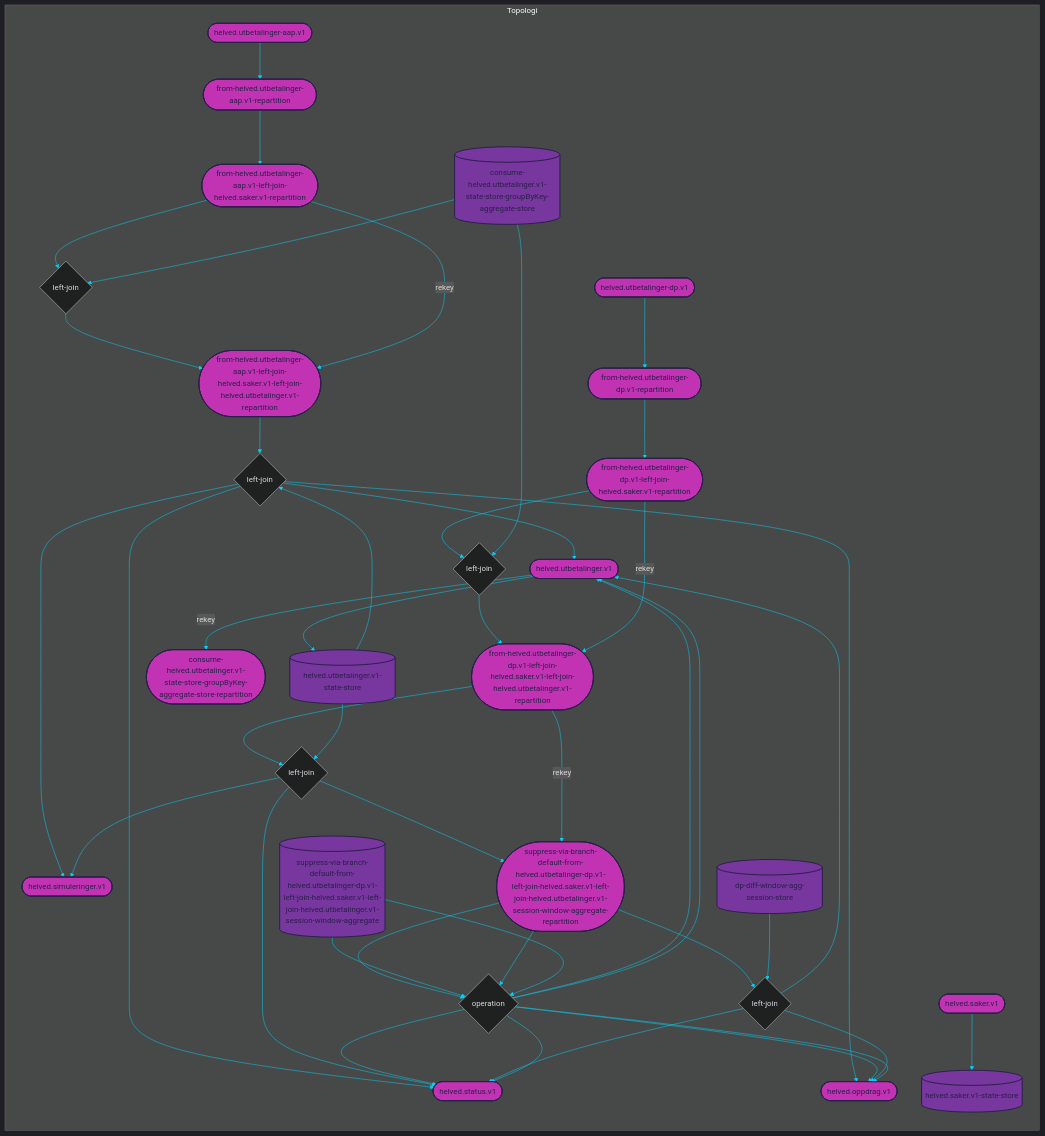
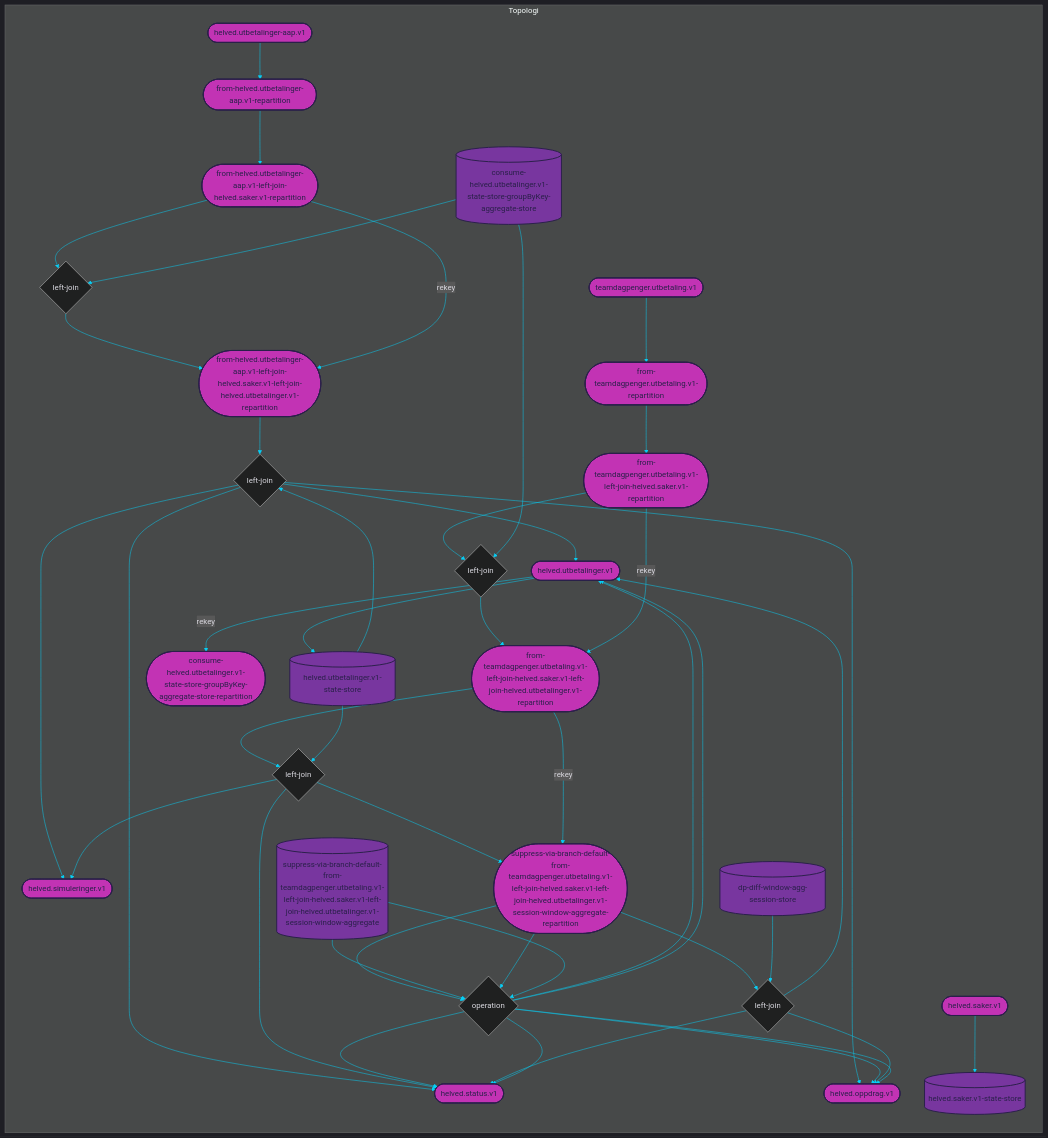
One commit to navikt/helved-utbetaling changed the diagram in dokumentasjon/topology.mmd. Above: the diagram before and after it, drawn with Mermaid. The commit also changed 1 other file, not shown here.

Commit message:
Bytter navn til dp sitt eget topic, og gir dp lesetilgang til status

```diff
--- a/dokumentasjon/topology.mmd
+++ b/dokumentasjon/topology.mmd
@@ -6,36 +6,36 @@
 subgraph Topologi
     %% TOPICS
     from-helved.utbetalinger-aap.v1-left-join-helved.saker.v1-left-join-helved.utbetalinger.v1-repartition([from-helved.utbetalinger-aap.v1-left-join-helved.saker.v1-left-join-helved.utbetalinger.v1-repartition])
-	from-helved.utbetalinger-dp.v1-left-join-helved.saker.v1-left-join-helved.utbetalinger.v1-repartition([from-helved.utbetalinger-dp.v1-left-join-helved.saker.v1-left-join-helved.utbetalinger.v1-repartition])
+	from-teamdagpenger.utbetaling.v1-left-join-helved.saker.v1-left-join-helved.utbetalinger.v1-repartition([from-teamdagpenger.utbetaling.v1-left-join-helved.saker.v1-left-join-helved.utbetalinger.v1-repartition])
 	helved.utbetalinger.v1([helved.utbetalinger.v1])
 	consume-helved.utbetalinger.v1-state-store-groupByKey-aggregate-store-repartition([consume-helved.utbetalinger.v1-state-store-groupByKey-aggregate-store-repartition])
 	helved.oppdrag.v1([helved.oppdrag.v1])
 	helved.simuleringer.v1([helved.simuleringer.v1])
 	helved.status.v1([helved.status.v1])
-	suppress-via-branch-default-from-helved.utbetalinger-dp.v1-left-join-helved.saker.v1-left-join-helved.utbetalinger.v1-session-window-aggregate-repartition([suppress-via-branch-default-from-helved.utbetalinger-dp.v1-left-join-helved.saker.v1-left-join-helved.utbetalinger.v1-session-window-aggregate-repartition])
+	suppress-via-branch-default-from-teamdagpenger.utbetaling.v1-left-join-helved.saker.v1-left-join-helved.utbetalinger.v1-session-window-aggregate-repartition([suppress-via-branch-default-from-teamdagpenger.utbetaling.v1-left-join-helved.saker.v1-left-join-helved.utbetalinger.v1-session-window-aggregate-repartition])
 	from-helved.utbetalinger-aap.v1-left-join-helved.saker.v1-repartition([from-helved.utbetalinger-aap.v1-left-join-helved.saker.v1-repartition])
-	from-helved.utbetalinger-dp.v1-left-join-helved.saker.v1-repartition([from-helved.utbetalinger-dp.v1-left-join-helved.saker.v1-repartition])
+	from-teamdagpenger.utbetaling.v1-left-join-helved.saker.v1-repartition([from-teamdagpenger.utbetaling.v1-left-join-helved.saker.v1-repartition])
 	helved.saker.v1([helved.saker.v1])
 	helved.utbetalinger-aap.v1([helved.utbetalinger-aap.v1])
 	from-helved.utbetalinger-aap.v1-repartition([from-helved.utbetalinger-aap.v1-repartition])
-	helved.utbetalinger-dp.v1([helved.utbetalinger-dp.v1])
-	from-helved.utbetalinger-dp.v1-repartition([from-helved.utbetalinger-dp.v1-repartition])
+	teamdagpenger.utbetaling.v1([teamdagpenger.utbetaling.v1])
+	from-teamdagpenger.utbetaling.v1-repartition([from-teamdagpenger.utbetaling.v1-repartition])
 
     %% JOINS
     from-helved.utbetalinger-aap.v1-left-join-helved.saker.v1-left-join-helved.utbetalinger.v1{left-join}
-	from-helved.utbetalinger-dp.v1-left-join-helved.saker.v1-left-join-helved.utbetalinger.v1{left-join}
+	from-teamdagpenger.utbetaling.v1-left-join-helved.saker.v1-left-join-helved.utbetalinger.v1{left-join}
 	from-helved.utbetalinger-aap.v1-left-join-helved.saker.v1{left-join}
-	from-helved.utbetalinger-dp.v1-left-join-helved.saker.v1{left-join}
-	via-branch-default-from-helved.utbetalinger-dp.v1-left-join-helved.saker.v1-left-join-helved.utbetalinger.v1-session-window-operation-reduced{left-join}
-	suppress-via-branch-default-from-helved.utbetalinger-dp.v1-left-join-helved.saker.v1-left-join-helved.utbetalinger.v1-session-window{left-join}
+	from-teamdagpenger.utbetaling.v1-left-join-helved.saker.v1{left-join}
+	via-branch-default-from-teamdagpenger.utbetaling.v1-left-join-helved.saker.v1-left-join-helved.utbetalinger.v1-session-window-operation-reduced{left-join}
+	suppress-via-branch-default-from-teamdagpenger.utbetaling.v1-left-join-helved.saker.v1-left-join-helved.utbetalinger.v1-session-window{left-join}
 
     %% STATE PROCESSORS
-    via-branch-default-from-helved.utbetalinger-dp.v1-left-join-helved.saker.v1-left-join-helved.utbetalinger.v1-session-window-operation-reduced{operation}
+    via-branch-default-from-teamdagpenger.utbetaling.v1-left-join-helved.saker.v1-left-join-helved.utbetalinger.v1-session-window-operation-reduced{operation}
     
     %% STATE STORES
     helved.utbetalinger.v1-state-store[(helved.utbetalinger.v1-state-store)]
 	consume-helved.utbetalinger.v1-state-store-groupByKey-aggregate-store[(consume-helved.utbetalinger.v1-state-store-groupByKey-aggregate-store)]
-	suppress-via-branch-default-from-helved.utbetalinger-dp.v1-left-join-helved.saker.v1-left-join-helved.utbetalinger.v1-session-window-aggregate[(suppress-via-branch-default-from-helved.utbetalinger-dp.v1-left-join-helved.saker.v1-left-join-helved.utbetalinger.v1-session-window-aggregate)]
+	suppress-via-branch-default-from-teamdagpenger.utbetaling.v1-left-join-helved.saker.v1-left-join-helved.utbetalinger.v1-session-window-aggregate[(suppress-via-branch-default-from-teamdagpenger.utbetaling.v1-left-join-helved.saker.v1-left-join-helved.utbetalinger.v1-session-window-aggregate)]
 	dp-diff-window-agg-session-store[(dp-diff-window-agg-session-store)]
 	helved.saker.v1-state-store[(helved.saker.v1-state-store)]
     
@@ -53,27 +53,27 @@
 	from-helved.utbetalinger-aap.v1-left-join-helved.saker.v1-left-join-helved.utbetalinger.v1 --> helved.simuleringer.v1
 	from-helved.utbetalinger-aap.v1-left-join-helved.saker.v1-left-join-helved.utbetalinger.v1 --> helved.utbetalinger.v1
 	from-helved.utbetalinger-aap.v1-left-join-helved.saker.v1-left-join-helved.utbetalinger.v1 --> helved.oppdrag.v1
-	from-helved.utbetalinger-dp.v1-left-join-helved.saker.v1-left-join-helved.utbetalinger.v1-repartition --> from-helved.utbetalinger-dp.v1-left-join-helved.saker.v1-left-join-helved.utbetalinger.v1
-	helved.utbetalinger.v1-state-store --> from-helved.utbetalinger-dp.v1-left-join-helved.saker.v1-left-join-helved.utbetalinger.v1
-	from-helved.utbetalinger-dp.v1-left-join-helved.saker.v1-left-join-helved.utbetalinger.v1 --> helved.simuleringer.v1
-	from-helved.utbetalinger-dp.v1-left-join-helved.saker.v1-left-join-helved.utbetalinger.v1 --> helved.status.v1
-	from-helved.utbetalinger-dp.v1-left-join-helved.saker.v1-left-join-helved.utbetalinger.v1 --> suppress-via-branch-default-from-helved.utbetalinger-dp.v1-left-join-helved.saker.v1-left-join-helved.utbetalinger.v1-session-window-aggregate-repartition
+	from-teamdagpenger.utbetaling.v1-left-join-helved.saker.v1-left-join-helved.utbetalinger.v1-repartition --> from-teamdagpenger.utbetaling.v1-left-join-helved.saker.v1-left-join-helved.utbetalinger.v1
+	helved.utbetalinger.v1-state-store --> from-teamdagpenger.utbetaling.v1-left-join-helved.saker.v1-left-join-helved.utbetalinger.v1
+	from-teamdagpenger.utbetaling.v1-left-join-helved.saker.v1-left-join-helved.utbetalinger.v1 --> helved.status.v1
+	from-teamdagpenger.utbetaling.v1-left-join-helved.saker.v1-left-join-helved.utbetalinger.v1 --> helved.simuleringer.v1
+	from-teamdagpenger.utbetaling.v1-left-join-helved.saker.v1-left-join-helved.utbetalinger.v1 --> suppress-via-branch-default-from-teamdagpenger.utbetaling.v1-left-join-helved.saker.v1-left-join-helved.utbetalinger.v1-session-window-aggregate-repartition
 	from-helved.utbetalinger-aap.v1-left-join-helved.saker.v1-repartition --> from-helved.utbetalinger-aap.v1-left-join-helved.saker.v1
 	consume-helved.utbetalinger.v1-state-store-groupByKey-aggregate-store --> from-helved.utbetalinger-aap.v1-left-join-helved.saker.v1
 	from-helved.utbetalinger-aap.v1-left-join-helved.saker.v1 --> from-helved.utbetalinger-aap.v1-left-join-helved.saker.v1-left-join-helved.utbetalinger.v1-repartition
-	from-helved.utbetalinger-dp.v1-left-join-helved.saker.v1-repartition --> from-helved.utbetalinger-dp.v1-left-join-helved.saker.v1
-	consume-helved.utbetalinger.v1-state-store-groupByKey-aggregate-store --> from-helved.utbetalinger-dp.v1-left-join-helved.saker.v1
-	from-helved.utbetalinger-dp.v1-left-join-helved.saker.v1 --> from-helved.utbetalinger-dp.v1-left-join-helved.saker.v1-left-join-helved.utbetalinger.v1-repartition
-	suppress-via-branch-default-from-helved.utbetalinger-dp.v1-left-join-helved.saker.v1-left-join-helved.utbetalinger.v1-session-window-aggregate-repartition --> via-branch-default-from-helved.utbetalinger-dp.v1-left-join-helved.saker.v1-left-join-helved.utbetalinger.v1-session-window-operation-reduced
-	suppress-via-branch-default-from-helved.utbetalinger-dp.v1-left-join-helved.saker.v1-left-join-helved.utbetalinger.v1-session-window-aggregate --> via-branch-default-from-helved.utbetalinger-dp.v1-left-join-helved.saker.v1-left-join-helved.utbetalinger.v1-session-window-operation-reduced
-	via-branch-default-from-helved.utbetalinger-dp.v1-left-join-helved.saker.v1-left-join-helved.utbetalinger.v1-session-window-operation-reduced --> helved.utbetalinger.v1
-	via-branch-default-from-helved.utbetalinger-dp.v1-left-join-helved.saker.v1-left-join-helved.utbetalinger.v1-session-window-operation-reduced --> helved.oppdrag.v1
-	via-branch-default-from-helved.utbetalinger-dp.v1-left-join-helved.saker.v1-left-join-helved.utbetalinger.v1-session-window-operation-reduced --> helved.status.v1
-	suppress-via-branch-default-from-helved.utbetalinger-dp.v1-left-join-helved.saker.v1-left-join-helved.utbetalinger.v1-session-window-aggregate-repartition --> suppress-via-branch-default-from-helved.utbetalinger-dp.v1-left-join-helved.saker.v1-left-join-helved.utbetalinger.v1-session-window
-	dp-diff-window-agg-session-store --> suppress-via-branch-default-from-helved.utbetalinger-dp.v1-left-join-helved.saker.v1-left-join-helved.utbetalinger.v1-session-window
-	suppress-via-branch-default-from-helved.utbetalinger-dp.v1-left-join-helved.saker.v1-left-join-helved.utbetalinger.v1-session-window --> helved.utbetalinger.v1
-	suppress-via-branch-default-from-helved.utbetalinger-dp.v1-left-join-helved.saker.v1-left-join-helved.utbetalinger.v1-session-window --> helved.oppdrag.v1
-	suppress-via-branch-default-from-helved.utbetalinger-dp.v1-left-join-helved.saker.v1-left-join-helved.utbetalinger.v1-session-window --> helved.status.v1
+	from-teamdagpenger.utbetaling.v1-left-join-helved.saker.v1-repartition --> from-teamdagpenger.utbetaling.v1-left-join-helved.saker.v1
+	consume-helved.utbetalinger.v1-state-store-groupByKey-aggregate-store --> from-teamdagpenger.utbetaling.v1-left-join-helved.saker.v1
+	from-teamdagpenger.utbetaling.v1-left-join-helved.saker.v1 --> from-teamdagpenger.utbetaling.v1-left-join-helved.saker.v1-left-join-helved.utbetalinger.v1-repartition
+	suppress-via-branch-default-from-teamdagpenger.utbetaling.v1-left-join-helved.saker.v1-left-join-helved.utbetalinger.v1-session-window-aggregate-repartition --> via-branch-default-from-teamdagpenger.utbetaling.v1-left-join-helved.saker.v1-left-join-helved.utbetalinger.v1-session-window-operation-reduced
+	suppress-via-branch-default-from-teamdagpenger.utbetaling.v1-left-join-helved.saker.v1-left-join-helved.utbetalinger.v1-session-window-aggregate --> via-branch-default-from-teamdagpenger.utbetaling.v1-left-join-helved.saker.v1-left-join-helved.utbetalinger.v1-session-window-operation-reduced
+	via-branch-default-from-teamdagpenger.utbetaling.v1-left-join-helved.saker.v1-left-join-helved.utbetalinger.v1-session-window-operation-reduced --> helved.status.v1
+	via-branch-default-from-teamdagpenger.utbetaling.v1-left-join-helved.saker.v1-left-join-helved.utbetalinger.v1-session-window-operation-reduced --> helved.utbetalinger.v1
+	via-branch-default-from-teamdagpenger.utbetaling.v1-left-join-helved.saker.v1-left-join-helved.utbetalinger.v1-session-window-operation-reduced --> helved.oppdrag.v1
+	suppress-via-branch-default-from-teamdagpenger.utbetaling.v1-left-join-helved.saker.v1-left-join-helved.utbetalinger.v1-session-window-aggregate-repartition --> suppress-via-branch-default-from-teamdagpenger.utbetaling.v1-left-join-helved.saker.v1-left-join-helved.utbetalinger.v1-session-window
+	dp-diff-window-agg-session-store --> suppress-via-branch-default-from-teamdagpenger.utbetaling.v1-left-join-helved.saker.v1-left-join-helved.utbetalinger.v1-session-window
+	suppress-via-branch-default-from-teamdagpenger.utbetaling.v1-left-join-helved.saker.v1-left-join-helved.utbetalinger.v1-session-window --> helved.status.v1
+	suppress-via-branch-default-from-teamdagpenger.utbetaling.v1-left-join-helved.saker.v1-left-join-helved.utbetalinger.v1-session-window --> helved.utbetalinger.v1
+	suppress-via-branch-default-from-teamdagpenger.utbetaling.v1-left-join-helved.saker.v1-left-join-helved.utbetalinger.v1-session-window --> helved.oppdrag.v1
 
     %% TABLE STREAMS
     helved.utbetalinger.v1 --> helved.utbetalinger.v1-state-store
@@ -86,23 +86,23 @@
     
 
     %% REPARTITION STREAMS
-    from-helved.utbetalinger-dp.v1-left-join-helved.saker.v1-left-join-helved.utbetalinger.v1-repartition --> |rekey| suppress-via-branch-default-from-helved.utbetalinger-dp.v1-left-join-helved.saker.v1-left-join-helved.utbetalinger.v1-session-window-aggregate-repartition
+    from-teamdagpenger.utbetaling.v1-left-join-helved.saker.v1-left-join-helved.utbetalinger.v1-repartition --> |rekey| suppress-via-branch-default-from-teamdagpenger.utbetaling.v1-left-join-helved.saker.v1-left-join-helved.utbetalinger.v1-session-window-aggregate-repartition
 	helved.utbetalinger.v1 --> |rekey| consume-helved.utbetalinger.v1-state-store-groupByKey-aggregate-store-repartition
 	from-helved.utbetalinger-aap.v1-left-join-helved.saker.v1-repartition --> |rekey| from-helved.utbetalinger-aap.v1-left-join-helved.saker.v1-left-join-helved.utbetalinger.v1-repartition
-	from-helved.utbetalinger-dp.v1-left-join-helved.saker.v1-repartition --> |rekey| from-helved.utbetalinger-dp.v1-left-join-helved.saker.v1-left-join-helved.utbetalinger.v1-repartition
+	from-teamdagpenger.utbetaling.v1-left-join-helved.saker.v1-repartition --> |rekey| from-teamdagpenger.utbetaling.v1-left-join-helved.saker.v1-left-join-helved.utbetalinger.v1-repartition
     
     %% BASIC STREAMS
     helved.utbetalinger-aap.v1 --> from-helved.utbetalinger-aap.v1-repartition
 	from-helved.utbetalinger-aap.v1-repartition --> from-helved.utbetalinger-aap.v1-left-join-helved.saker.v1-repartition
-	helved.utbetalinger-dp.v1 --> from-helved.utbetalinger-dp.v1-repartition
-	from-helved.utbetalinger-dp.v1-repartition --> from-helved.utbetalinger-dp.v1-left-join-helved.saker.v1-repartition
+	teamdagpenger.utbetaling.v1 --> from-teamdagpenger.utbetaling.v1-repartition
+	from-teamdagpenger.utbetaling.v1-repartition --> from-teamdagpenger.utbetaling.v1-left-join-helved.saker.v1-repartition
     
     %% CUSTOM PROCESS STREAMS
-    suppress-via-branch-default-from-helved.utbetalinger-dp.v1-left-join-helved.saker.v1-left-join-helved.utbetalinger.v1-session-window-aggregate-repartition --> via-branch-default-from-helved.utbetalinger-dp.v1-left-join-helved.saker.v1-left-join-helved.utbetalinger.v1-session-window-operation-reduced
-	suppress-via-branch-default-from-helved.utbetalinger-dp.v1-left-join-helved.saker.v1-left-join-helved.utbetalinger.v1-session-window-aggregate --> via-branch-default-from-helved.utbetalinger-dp.v1-left-join-helved.saker.v1-left-join-helved.utbetalinger.v1-session-window-operation-reduced
-	via-branch-default-from-helved.utbetalinger-dp.v1-left-join-helved.saker.v1-left-join-helved.utbetalinger.v1-session-window-operation-reduced --> helved.utbetalinger.v1
-	via-branch-default-from-helved.utbetalinger-dp.v1-left-join-helved.saker.v1-left-join-helved.utbetalinger.v1-session-window-operation-reduced --> helved.oppdrag.v1
-	via-branch-default-from-helved.utbetalinger-dp.v1-left-join-helved.saker.v1-left-join-helved.utbetalinger.v1-session-window-operation-reduced --> helved.status.v1
+    suppress-via-branch-default-from-teamdagpenger.utbetaling.v1-left-join-helved.saker.v1-left-join-helved.utbetalinger.v1-session-window-aggregate-repartition --> via-branch-default-from-teamdagpenger.utbetaling.v1-left-join-helved.saker.v1-left-join-helved.utbetalinger.v1-session-window-operation-reduced
+	suppress-via-branch-default-from-teamdagpenger.utbetaling.v1-left-join-helved.saker.v1-left-join-helved.utbetalinger.v1-session-window-aggregate --> via-branch-default-from-teamdagpenger.utbetaling.v1-left-join-helved.saker.v1-left-join-helved.utbetalinger.v1-session-window-operation-reduced
+	via-branch-default-from-teamdagpenger.utbetaling.v1-left-join-helved.saker.v1-left-join-helved.utbetalinger.v1-session-window-operation-reduced --> helved.status.v1
+	via-branch-default-from-teamdagpenger.utbetaling.v1-left-join-helved.saker.v1-left-join-helved.utbetalinger.v1-session-window-operation-reduced --> helved.utbetalinger.v1
+	via-branch-default-from-teamdagpenger.utbetaling.v1-left-join-helved.saker.v1-left-join-helved.utbetalinger.v1-session-window-operation-reduced --> helved.oppdrag.v1
 end
 
 %% COLORS
@@ -114,22 +114,22 @@
 
 %% STYLES
 style from-helved.utbetalinger-aap.v1-left-join-helved.saker.v1-left-join-helved.utbetalinger.v1-repartition fill:#c233b4, stroke:#2a204a, stroke-width:2px, color:#2a204a
-style from-helved.utbetalinger-dp.v1-left-join-helved.saker.v1-left-join-helved.utbetalinger.v1-repartition fill:#c233b4, stroke:#2a204a, stroke-width:2px, color:#2a204a
+style from-teamdagpenger.utbetaling.v1-left-join-helved.saker.v1-left-join-helved.utbetalinger.v1-repartition fill:#c233b4, stroke:#2a204a, stroke-width:2px, color:#2a204a
 style helved.utbetalinger.v1 fill:#c233b4, stroke:#2a204a, stroke-width:2px, color:#2a204a
 style consume-helved.utbetalinger.v1-state-store-groupByKey-aggregate-store-repartition fill:#c233b4, stroke:#2a204a, stroke-width:2px, color:#2a204a
 style helved.oppdrag.v1 fill:#c233b4, stroke:#2a204a, stroke-width:2px, color:#2a204a
 style helved.simuleringer.v1 fill:#c233b4, stroke:#2a204a, stroke-width:2px, color:#2a204a
 style helved.status.v1 fill:#c233b4, stroke:#2a204a, stroke-width:2px, color:#2a204a
-style suppress-via-branch-default-from-helved.utbetalinger-dp.v1-left-join-helved.saker.v1-left-join-helved.utbetalinger.v1-session-window-aggregate-repartition fill:#c233b4, stroke:#2a204a, stroke-width:2px, color:#2a204a
+style suppress-via-branch-default-from-teamdagpenger.utbetaling.v1-left-join-helved.saker.v1-left-join-helved.utbetalinger.v1-session-window-aggregate-repartition fill:#c233b4, stroke:#2a204a, stroke-width:2px, color:#2a204a
 style from-helved.utbetalinger-aap.v1-left-join-helved.saker.v1-repartition fill:#c233b4, stroke:#2a204a, stroke-width:2px, color:#2a204a
-style from-helved.utbetalinger-dp.v1-left-join-helved.saker.v1-repartition fill:#c233b4, stroke:#2a204a, stroke-width:2px, color:#2a204a
+style from-teamdagpenger.utbetaling.v1-left-join-helved.saker.v1-repartition fill:#c233b4, stroke:#2a204a, stroke-width:2px, color:#2a204a
 style helved.saker.v1 fill:#c233b4, stroke:#2a204a, stroke-width:2px, color:#2a204a
 style helved.utbetalinger-aap.v1 fill:#c233b4, stroke:#2a204a, stroke-width:2px, color:#2a204a
 style from-helved.utbetalinger-aap.v1-repartition fill:#c233b4, stroke:#2a204a, stroke-width:2px, color:#2a204a
-style helved.utbetalinger-dp.v1 fill:#c233b4, stroke:#2a204a, stroke-width:2px, color:#2a204a
-style from-helved.utbetalinger-dp.v1-repartition fill:#c233b4, stroke:#2a204a, stroke-width:2px, color:#2a204a
+style teamdagpenger.utbetaling.v1 fill:#c233b4, stroke:#2a204a, stroke-width:2px, color:#2a204a
+style from-teamdagpenger.utbetaling.v1-repartition fill:#c233b4, stroke:#2a204a, stroke-width:2px, color:#2a204a
 style helved.utbetalinger.v1-state-store fill:#78369f, stroke:#2a204a, stroke-width:2px, color:#2a204a
 style consume-helved.utbetalinger.v1-state-store-groupByKey-aggregate-store fill:#78369f, stroke:#2a204a, stroke-width:2px, color:#2a204a
-style suppress-via-branch-default-from-helved.utbetalinger-dp.v1-left-join-helved.saker.v1-left-join-helved.utbetalinger.v1-session-window-aggregate fill:#78369f, stroke:#2a204a, stroke-width:2px, color:#2a204a
+style suppress-via-branch-default-from-teamdagpenger.utbetaling.v1-left-join-helved.saker.v1-left-join-helved.utbetalinger.v1-session-window-aggregate fill:#78369f, stroke:#2a204a, stroke-width:2px, color:#2a204a
 style dp-diff-window-agg-session-store fill:#78369f, stroke:#2a204a, stroke-width:2px, color:#2a204a
 style helved.saker.v1-state-store fill:#78369f, stroke:#2a204a, stroke-width:2px, color:#2a204a
```
